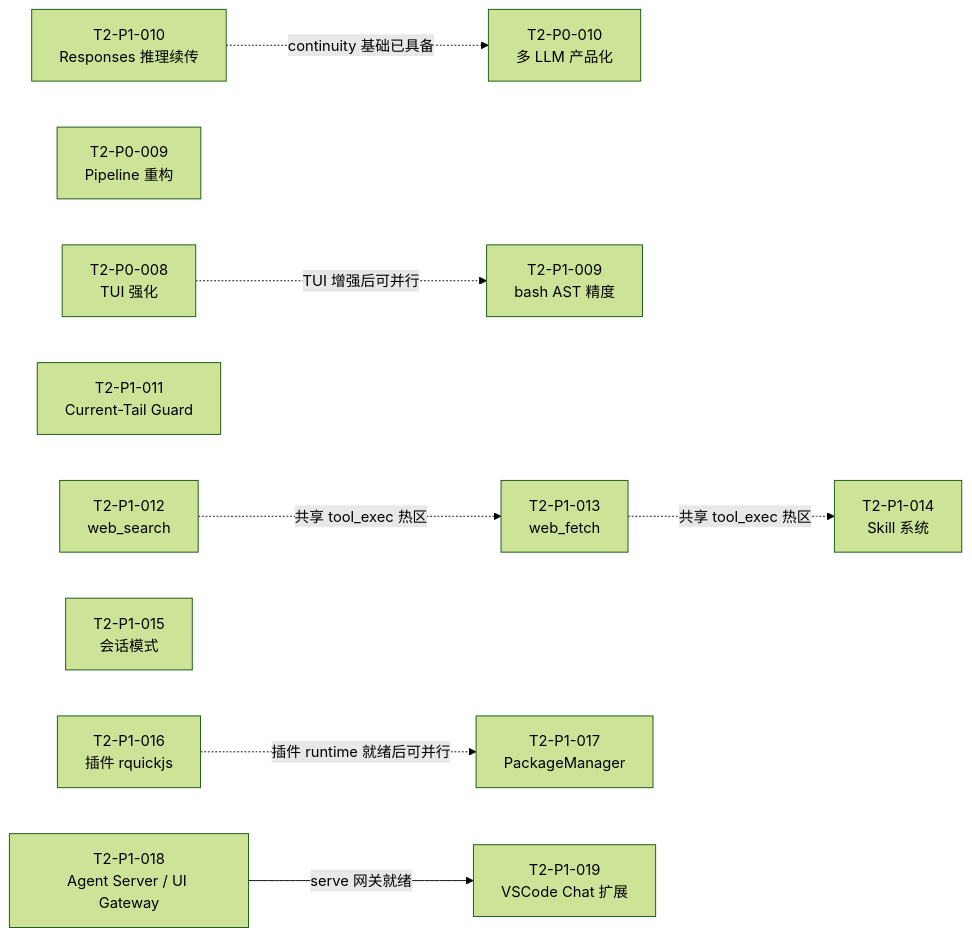
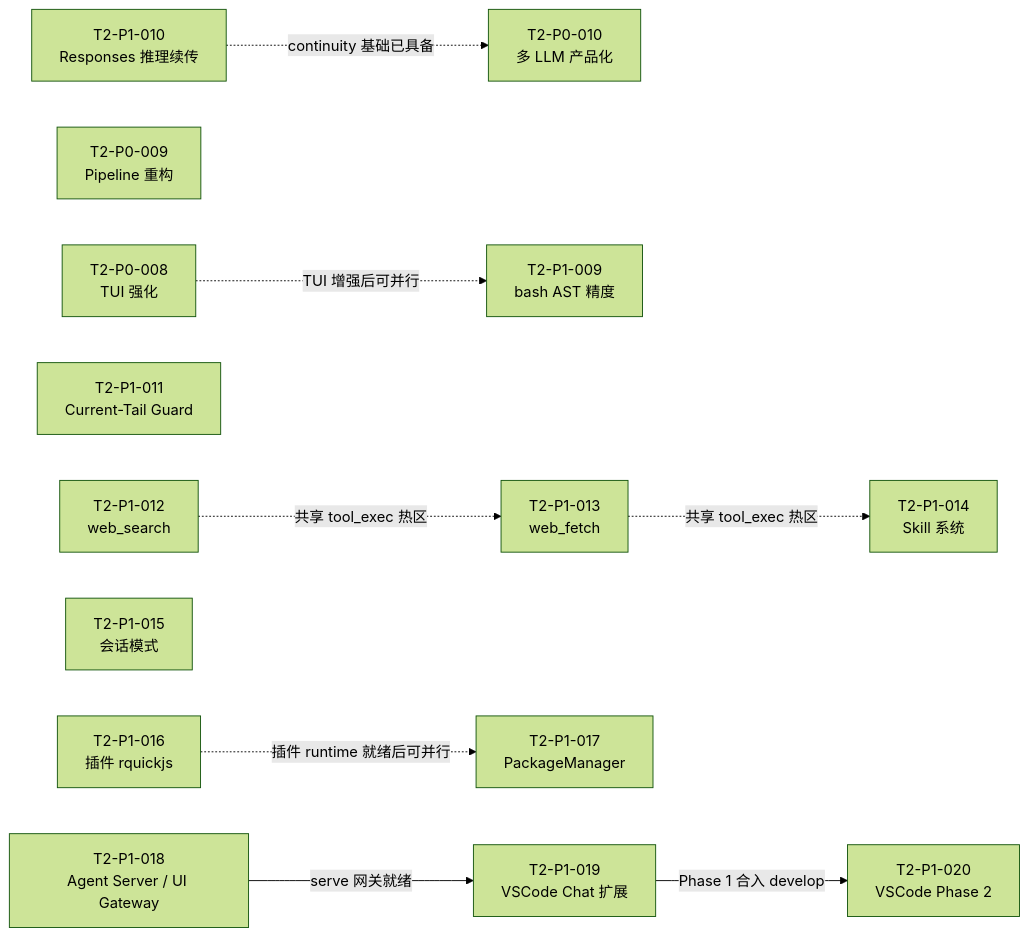
Before and after one commit to teisun/tomcat-agent: the diagram in tomcat/docs/agents/TASK_BOARD_002/README.md, drawn with Mermaid (forest theme). The commit also changed other lines of this file and 7 other files, not shown here.

First line of the commit message:
docs(vscode-ext): add Phase 2 architecture and T2-P1-020 task card

````diff
--- a/tomcat/docs/agents/TASK_BOARD_002/README.md
+++ b/tomcat/docs/agents/TASK_BOARD_002/README.md
@@ -56,34 +57,37 @@
 ```mermaid
 flowchart LR
     P008[T2-P0-008<br/>TUI 强化]
     P009[T2-P0-009<br/>Pipeline 重构]
     P010[T2-P0-010<br/>多 LLM 产品化]
     P109[T2-P1-009<br/>bash AST 精度]
     P110[T2-P1-010<br/>Responses 推理续传]
     P111[T2-P1-011<br/>Current-Tail Guard]
     P112[T2-P1-012<br/>web_search]
     P113[T2-P1-013<br/>web_fetch]
     P114[T2-P1-014<br/>Skill 系统]
     P115[T2-P1-015<br/>会话模式]
     P116[T2-P1-016<br/>插件 rquickjs]
     P117[T2-P1-017<br/>PackageManager]
     P118[T2-P1-018<br/>Agent Server / UI Gateway]
     P119[T2-P1-019<br/>VSCode Chat 扩展]
+    P120[T2-P1-020<br/>VSCode Phase 2]
     P008 -.->|TUI 增强后可并行| P109
     P112 -.->|共享 tool_exec 热区| P113
     P113 -.->|共享 tool_exec 热区| P114
     P110 -.->|continuity 基础已具备| P010
     P009
     P110
     P111
     P112
     P113
     P114
     P115
     P116
     P117
     P118
     P119
+    P120
     P118 -->|serve 网关就绪| P119
+    P119 -->|Phase 1 合入 develop| P120
     P116 -.->|插件 runtime 就绪后可并行| P117
 ```
````
